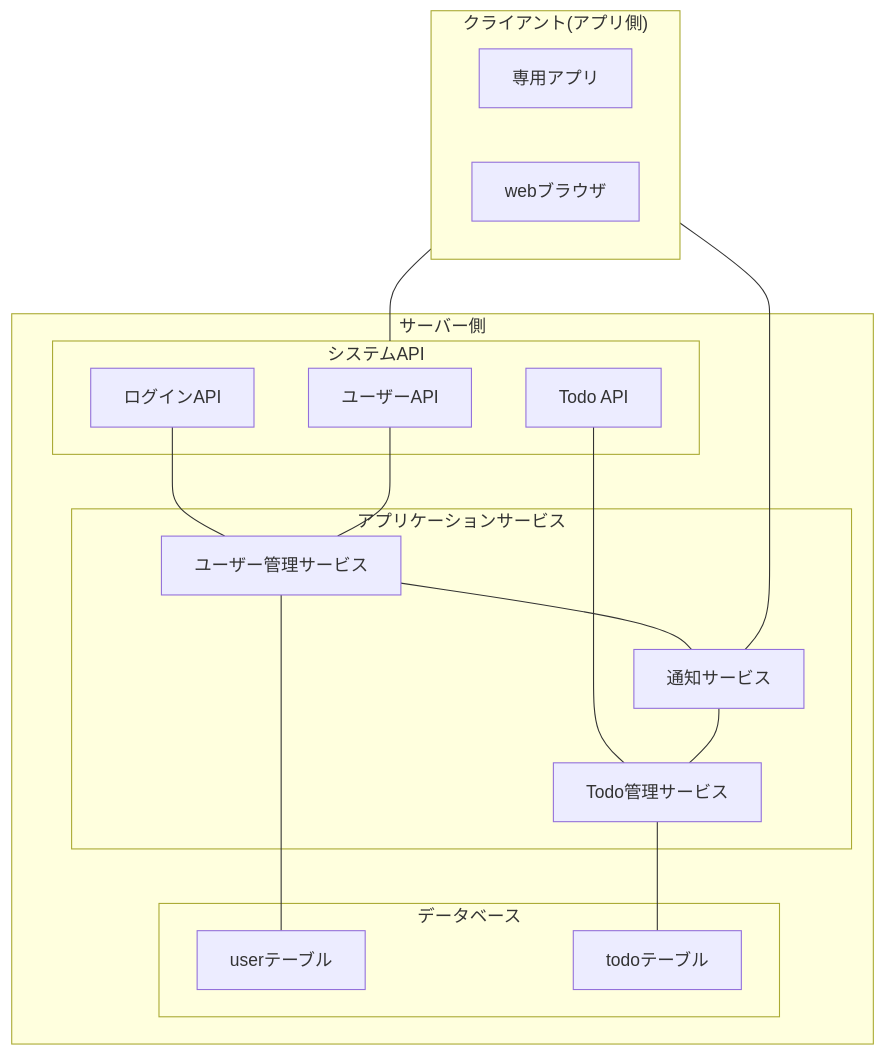
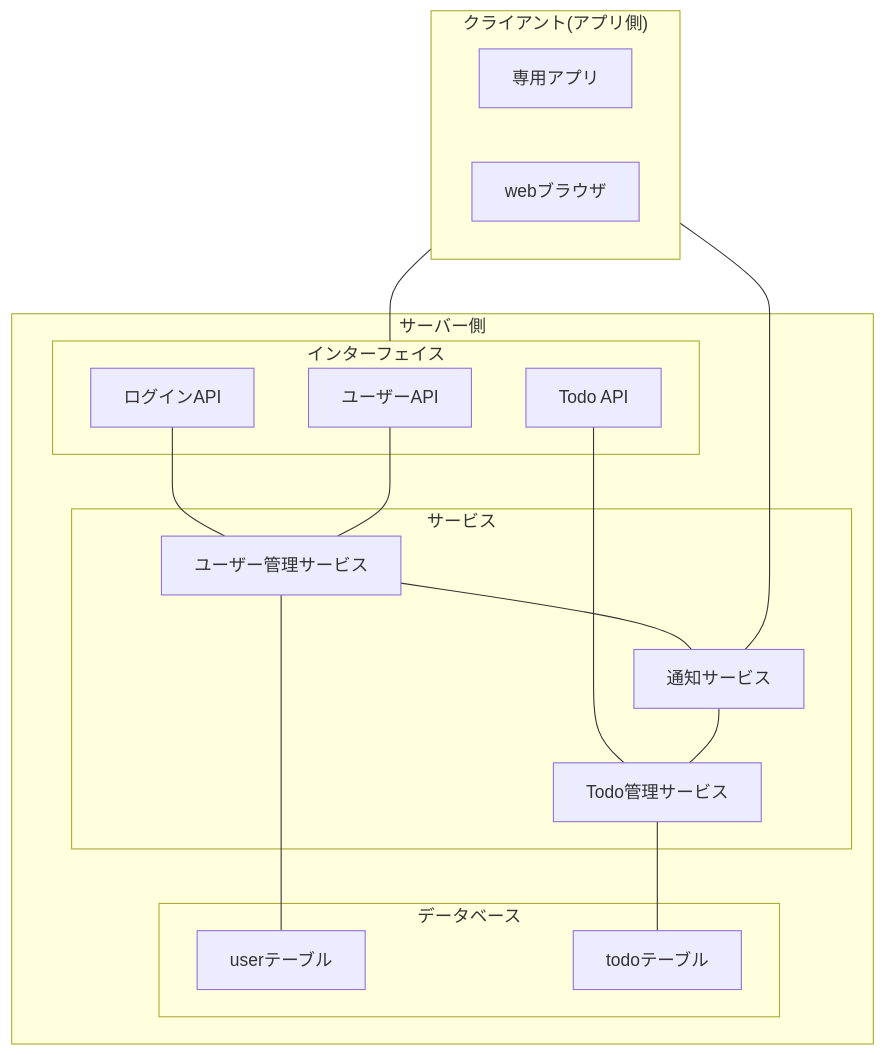
One commit to tam1192/MyTodoAppsDocs changed the first of 4 diagrams in src/要件定義.md. Above: the diagram before and after it, drawn with Mermaid.

Commit message:
表現を簡略化した

````diff
--- a/src/要件定義.md
+++ b/src/要件定義.md
@@ -40,43 +40,43 @@
 ```mermaid
 flowchart TD
    %% 機能定義
    subgraph client["クライアント(アプリ側)"]
       app["専用アプリ"]
       web["webブラウザ"]
    end
    subgraph server["サーバー側"]
-      subgraph api["システムAPI"]
+      subgraph api["インターフェイス"]
          userApi["ユーザーAPI"]
          todoApi["Todo API"]
          loginApi["ログインAPI"]
       end
-      subgraph aps["アプリケーションサービス"]
+      subgraph aps["サービス"]
          userManagementService["ユーザー管理サービス"]
          todoManagementService["Todo管理サービス"]
          notificationManagementService["通知サービス"]
       end
       subgraph db["データベース"]
          userDb["userテーブル"]
          todoDb["todoテーブル"]
       end
    end
 
    %% ログインシステムの関係
    client --- api
    loginApi --- userManagementService
 
    %% ユーザー管理関係
    userApi --- userManagementService
    userManagementService --- userDb
 
 
    %% Todo機能の関係
    todoApi --- todoManagementService
 
    todoManagementService --- todoDb
 
    %% 通知機能の関係
    userManagementService --- notificationManagementService
    notificationManagementService --- todoManagementService
    notificationManagementService --- client
 ```
````
